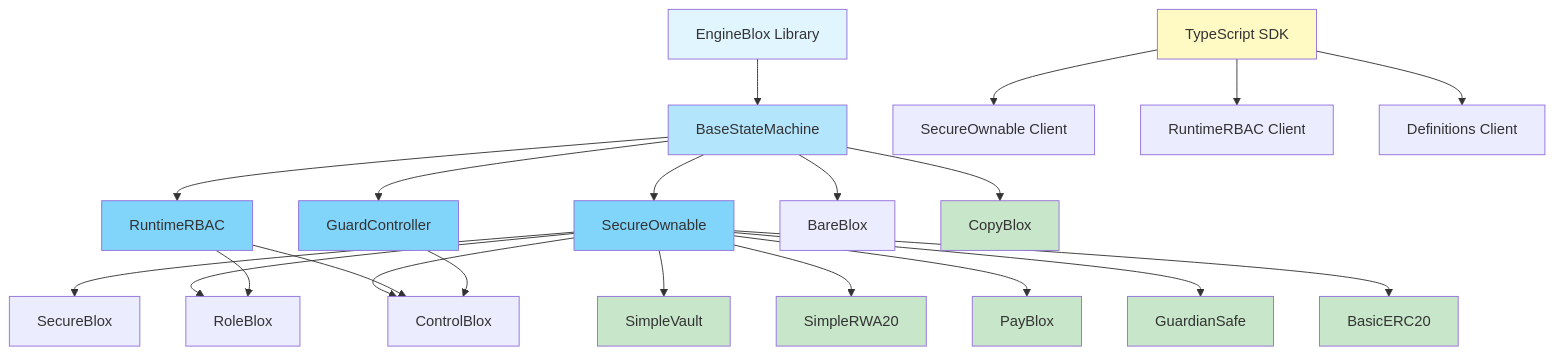
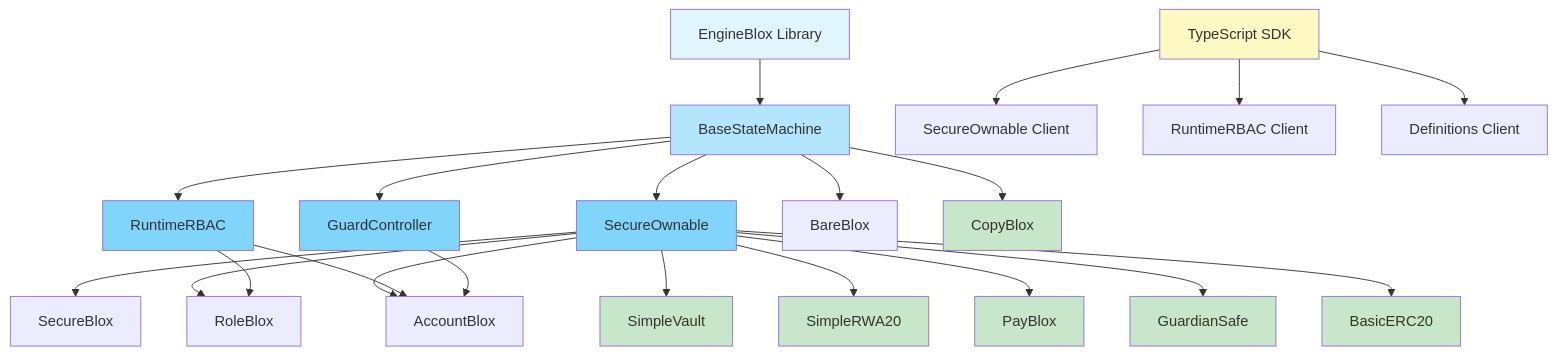
One commit to PracticalParticle/Bloxchain-Protocol changed the diagram in README.md. Above: the diagram before and after it, drawn with Mermaid. The commit also changed other lines of this file and 34 other files, not shown here.

First line of the commit message:
refactor: rename ControlBlox to AccountBlox and update related configurations

````diff
--- a/README.md
+++ b/README.md
@@ -35,39 +35,39 @@
 ```mermaid
 graph TB
     A[EngineBlox Library] --> B[BaseStateMachine]
     B --> C[SecureOwnable]
     B --> D[RuntimeRBAC]
     B --> E[GuardController]
     
     B --> K[BareBlox]
     C --> G[SecureBlox]
     C --> H[RoleBlox]
     D --> H
-    C --> I[ControlBlox]
+    C --> I[AccountBlox]
     D --> I
     E --> I
     
     L[TypeScript SDK] --> M[SecureOwnable Client]
     L --> N[RuntimeRBAC Client]
     L --> O[Definitions Client]
     
     C --> P1[SimpleVault]
     C --> P2[SimpleRWA20]
     C --> P3[PayBlox]
     C --> P4[GuardianSafe]
     B --> P5[CopyBlox]
     C --> P6[BasicERC20]
     
     style A fill:#e1f5ff
     style B fill:#b3e5fc
     style C fill:#81d4fa
     style D fill:#81d4fa
     style E fill:#81d4fa
     style L fill:#fff9c4
     style P1 fill:#c8e6c9
     style P2 fill:#c8e6c9
     style P3 fill:#c8e6c9
     style P4 fill:#c8e6c9
     style P5 fill:#c8e6c9
     style P6 fill:#c8e6c9
 ```
````
